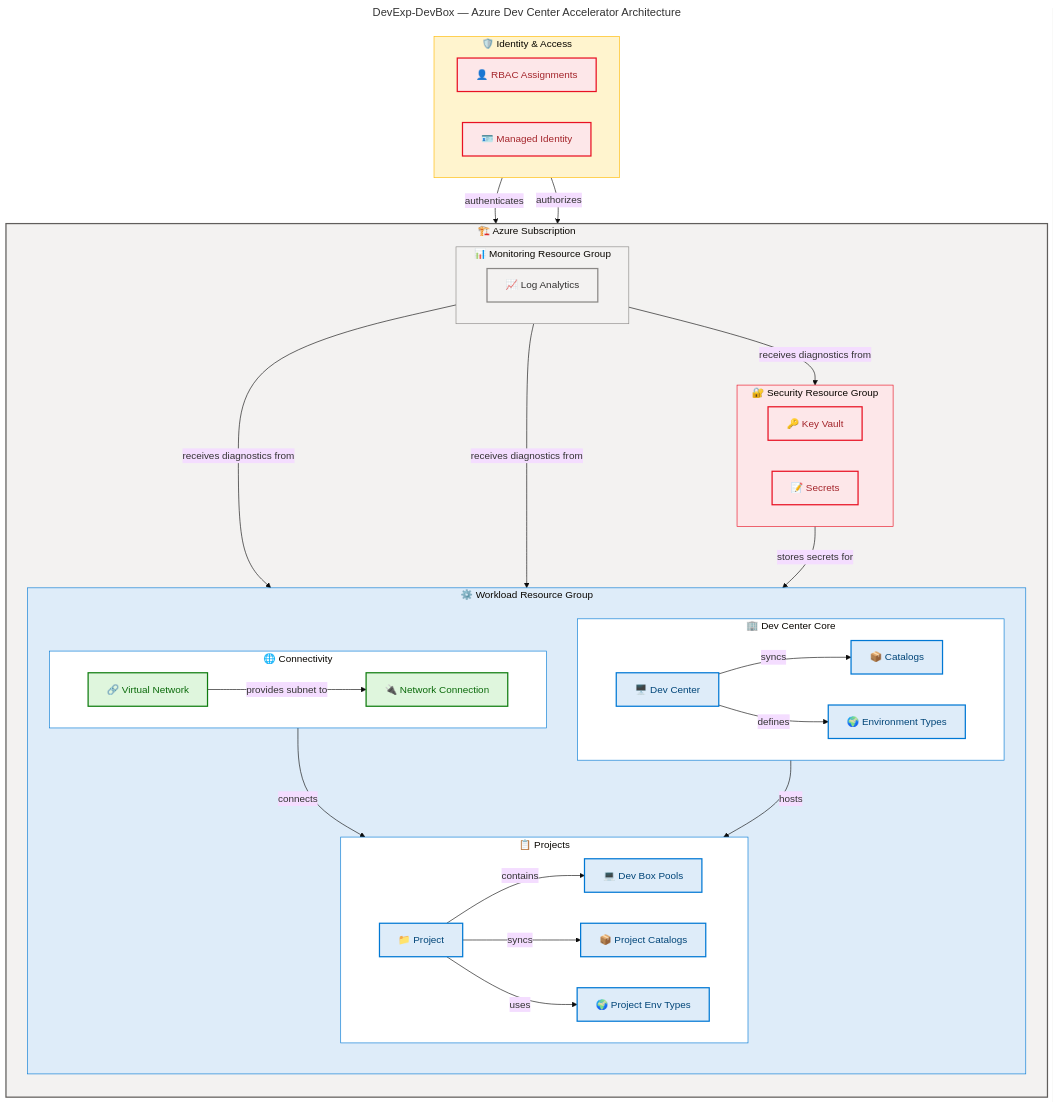
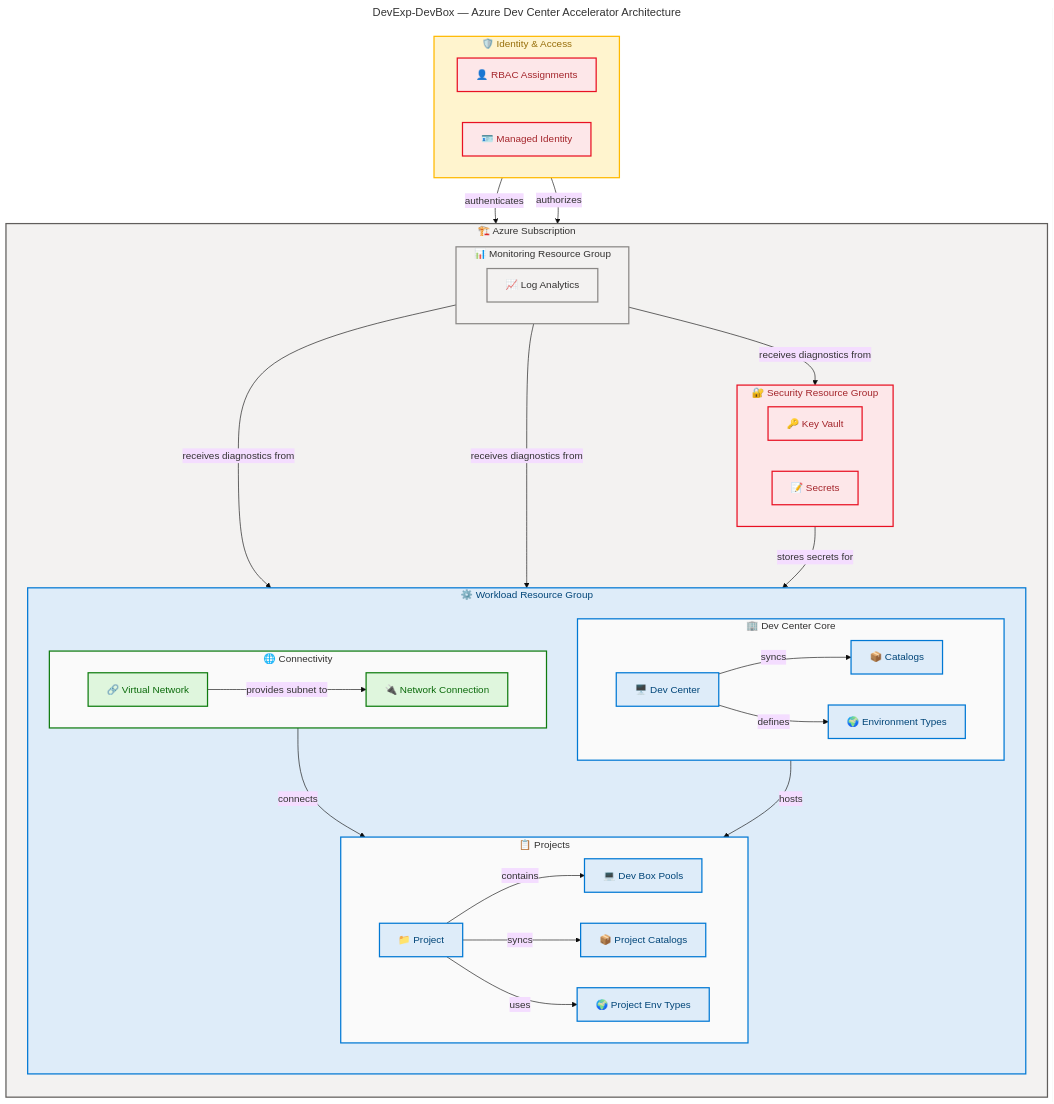
Before and after one commit to Evilazaro/DevExp-DevBox: the diagram in README.md, drawn with Mermaid.

Commit message:
style: enhance flowchart styling with semantic color legend and theme variables

```diff
--- a/README.md
+++ b/README.md
@@ -66,6 +66,8 @@
   theme: base
   look: classic
   layout: dagre
+  themeVariables:
+    fontSize: '16px'
   flowchart:
     htmlLabels: true
 ---
@@ -80,6 +82,12 @@
     %% PHASE 3 - FONT: Dark text on light backgrounds, contrast ≥ 4.5:1
     %% PHASE 4 - ACCESSIBILITY: accTitle/accDescr present, icons on all nodes
     %% PHASE 5 - STANDARD: Governance block present, classDefs centralized
+    %% ═══════════════════════════════════════════════════════════════════════════
+    %% SEMANTIC COLOR LEGEND:
+    %%   core     (#DEECF9) — Dev Center & project resources
+    %%   security (#FDE7E9) — Key Vault, secrets, RBAC, identity
+    %%   monitoring (#F3F2F1) — Log Analytics, diagnostics
+    %%   network  (#DFF6DD) — VNet, network connections
     %% ═══════════════════════════════════════════════════════════════════════════
 
     subgraph platform["🏗️ Azure Subscription"]
@@ -143,15 +151,19 @@
     mi -->|"authenticates"| dc
     rbac -->|"authorizes"| proj
 
-    style platform fill:#F3F2F1,stroke:#605E5C,stroke-width:2px
-    style securityRG fill:#FDE7E9,stroke:#E81123,stroke-width:1px
-    style monitoringRG fill:#F3F2F1,stroke:#8A8886,stroke-width:1px
-    style workloadRG fill:#DEECF9,stroke:#0078D4,stroke-width:1px
-    style core fill:#FFFFFF,stroke:#0078D4,stroke-width:1px
-    style projects fill:#FFFFFF,stroke:#0078D4,stroke-width:1px
-    style connectivity fill:#FFFFFF,stroke:#0078D4,stroke-width:1px
-    style identity fill:#FFF4CE,stroke:#FFB900,stroke-width:1px
+    %% ============================================
+    %% SUBGRAPH STYLING (8 subgraphs = 8 directives)
+    %% ============================================
+    style platform fill:#F3F2F1,stroke:#605E5C,stroke-width:2px,color:#323130
+    style securityRG fill:#FDE7E9,stroke:#E81123,stroke-width:2px,color:#A4262C
+    style monitoringRG fill:#F3F2F1,stroke:#8A8886,stroke-width:2px,color:#323130
+    style workloadRG fill:#DEECF9,stroke:#0078D4,stroke-width:2px,color:#004578
+    style core fill:#FAFAFA,stroke:#0078D4,stroke-width:2px,color:#323130
+    style projects fill:#FAFAFA,stroke:#0078D4,stroke-width:2px,color:#323130
+    style connectivity fill:#FAFAFA,stroke:#107C10,stroke-width:2px,color:#323130
+    style identity fill:#FFF4CE,stroke:#FFB900,stroke-width:2px,color:#986F0B
 
+    %% classDef declarations (centralized, 4 semantic classes ≤ 5 max)
     classDef core fill:#DEECF9,stroke:#0078D4,stroke-width:2px,color:#004578
     classDef security fill:#FDE7E9,stroke:#E81123,stroke-width:2px,color:#A4262C
     classDef monitoring fill:#F3F2F1,stroke:#8A8886,stroke-width:2px,color:#323130
```
